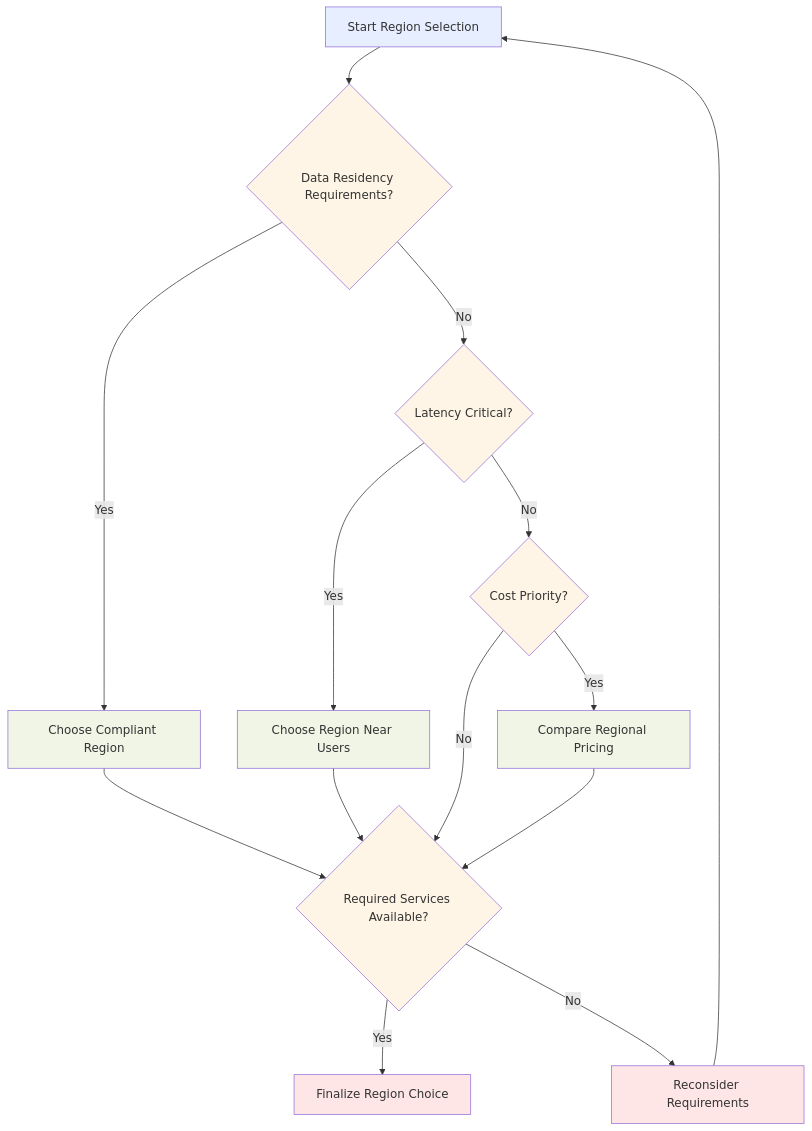
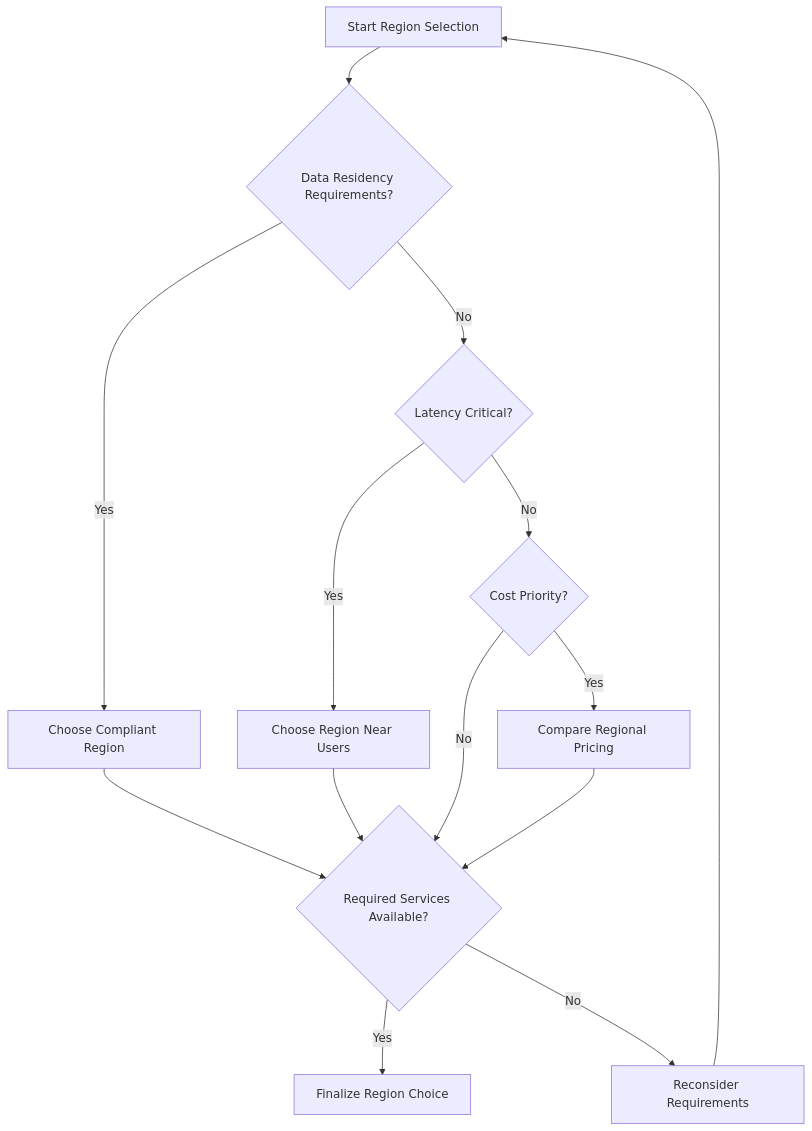
One commit to CloudCityPress/aws-aif-c01 changed the third of 3 diagrams in english/60_10_AWS_Global_Infrastructure.md. Above: the diagram before and after it, drawn with Mermaid. The commit also changed other lines of this file and 16 other files, not shown here.

Commit message:
updating Mermaids

````diff
--- a/english/60_10_AWS_Global_Infrastructure.md
+++ b/english/60_10_AWS_Global_Infrastructure.md
@@ -177,27 +158,17 @@
 ```mermaid
 flowchart TD
     A[Start Region Selection] --> B{Data Residency Requirements?}
     B -->|Yes| C[Choose Compliant Region]
     B -->|No| D{Latency Critical?}
     C --> E{Required Services Available?}
     D -->|Yes| F[Choose Region Near Users]
     D -->|No| G{Cost Priority?}
     F --> E
     G -->|Yes| H[Compare Regional Pricing]
     G -->|No| E
     H --> E
     E -->|Yes| I[Finalize Region Choice]
     E -->|No| J[Reconsider Requirements]
     J --> A
-    
-    style A fill:#e6eeff
-    style B fill:#fff5e6
-    style C fill:#f0f5e6
-    style D fill:#fff5e6
-    style E fill:#fff5e6
-    style F fill:#f0f5e6
-    style G fill:#fff5e6
-    style H fill:#f0f5e6
-    style I fill:#ffe6e6
-    style J fill:#ffe6e6
+
 ```
````
